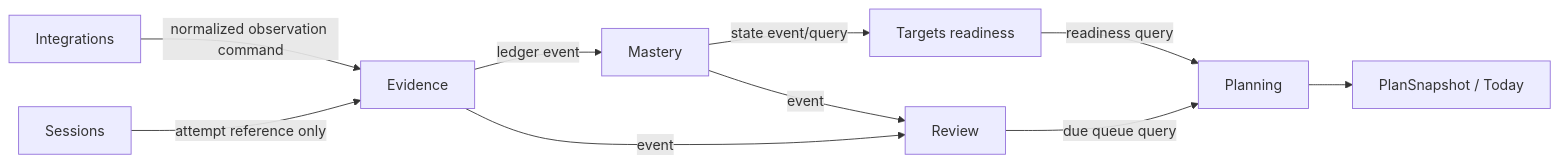
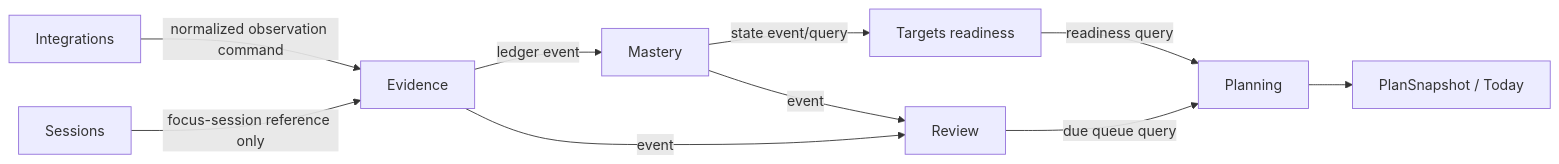
The first of 3 diagrams in docs/design/MODULE_TOPOLOGY.md (ilyalaz01/PANDO), drawn with Mermaid before and after one commit. The commit also changed other lines of this file and 63 other files, not shown here.

````diff
--- a/docs/design/MODULE_TOPOLOGY.md
+++ b/docs/design/MODULE_TOPOLOGY.md
@@ -75,12 +75,12 @@
 ```mermaid
 flowchart LR
     I[Integrations] -->|normalized observation command| E[Evidence]
-    S[Sessions] -->|attempt reference only| E
+    S[Sessions] -->|focus-session reference only| E
     E -->|ledger event| M[Mastery]
     M -->|state event/query| T[Targets readiness]
     E -->|event| R[Review]
     M -->|event| R
     T -->|readiness query| P[Planning]
     R -->|due queue query| P
     P --> O[PlanSnapshot / Today]
 ```
````
